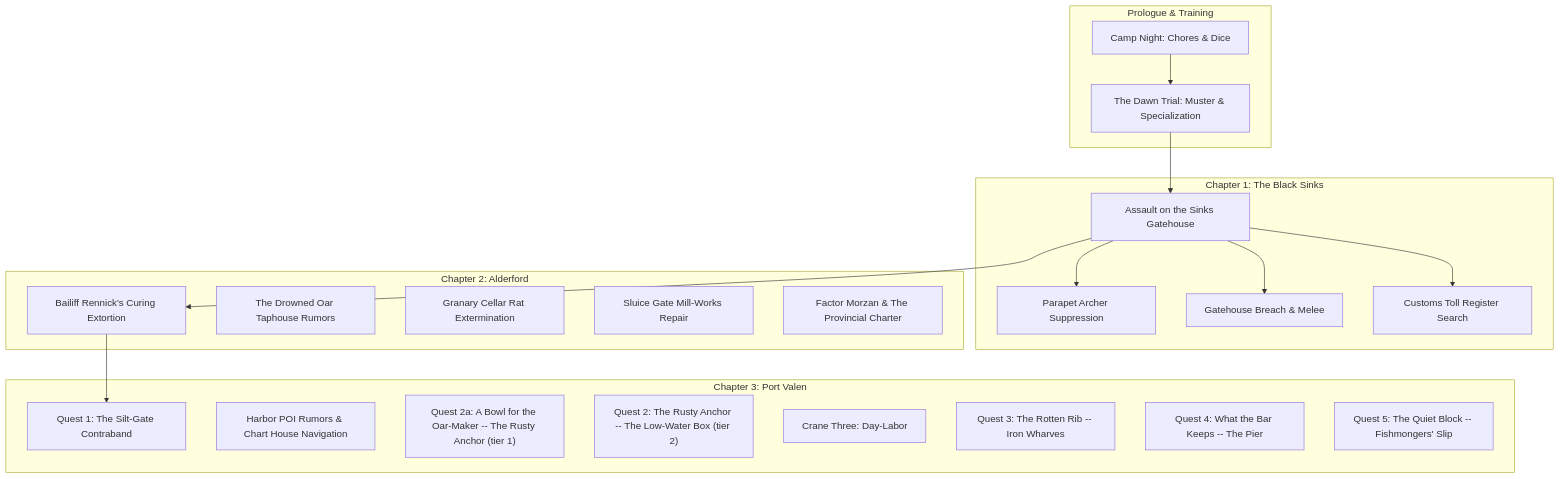
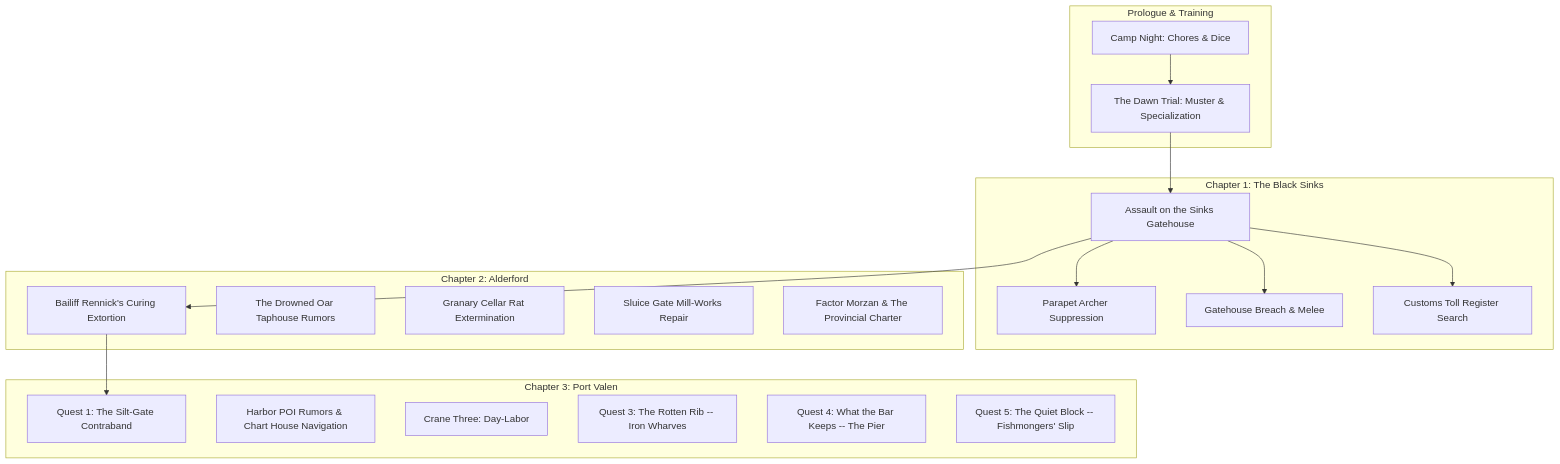
One commit to Kingskunk/A-Mercenaries-Life changed the diagram in quest/QUESTS.md. Above: the diagram before and after it, drawn with Mermaid. The commit also changed other lines of this file and 36 other files, not shown here.

````diff
--- a/quest/QUESTS.md
+++ b/quest/QUESTS.md
@@ -25,36 +25,34 @@
 ```mermaid
 graph TD
     subgraph Prologue & Training
         Q0["Camp Night: Chores & Dice"] --> Q1["The Dawn Trial: Muster & Specialization"]
     end
 
     subgraph Chapter 1: The Black Sinks
         Q2["Assault on the Sinks Gatehouse"]
         Q2 --> Q2A["Parapet Archer Suppression"]
         Q2 --> Q2B["Gatehouse Breach & Melee"]
         Q2 --> Q2C["Customs Toll Register Search"]
     end
 
     subgraph Chapter 2: Alderford
         Q3["Bailiff Rennick's Curing Extortion"]
         Q4["The Drowned Oar Taphouse Rumors"]
         Q5["Granary Cellar Rat Extermination"]
         Q6["Sluice Gate Mill-Works Repair"]
         Q7["Factor Morzan & The Provincial Charter"]
     end
 
     subgraph Chapter 3: Port Valen
         Q8["Quest 1: The Silt-Gate Contraband"]
         Q9["Harbor POI Rumors & Chart House Navigation"]
-        Q10a["Quest 2a: A Bowl for the Oar-Maker -- The Rusty Anchor (tier 1)"]
-        Q10["Quest 2: The Rusty Anchor -- The Low-Water Box (tier 2)"]
         Q11["Crane Three: Day-Labor"]
         Q12["Quest 3: The Rotten Rib -- Iron Wharves"]
         Q13["Quest 4: What the Bar Keeps -- The Pier"]
         Q14["Quest 5: The Quiet Block -- Fishmongers' Slip"]
     end
 
     Q1 --> Q2
     Q2 --> Q3
     Q3 --> Q8
 ```
````
